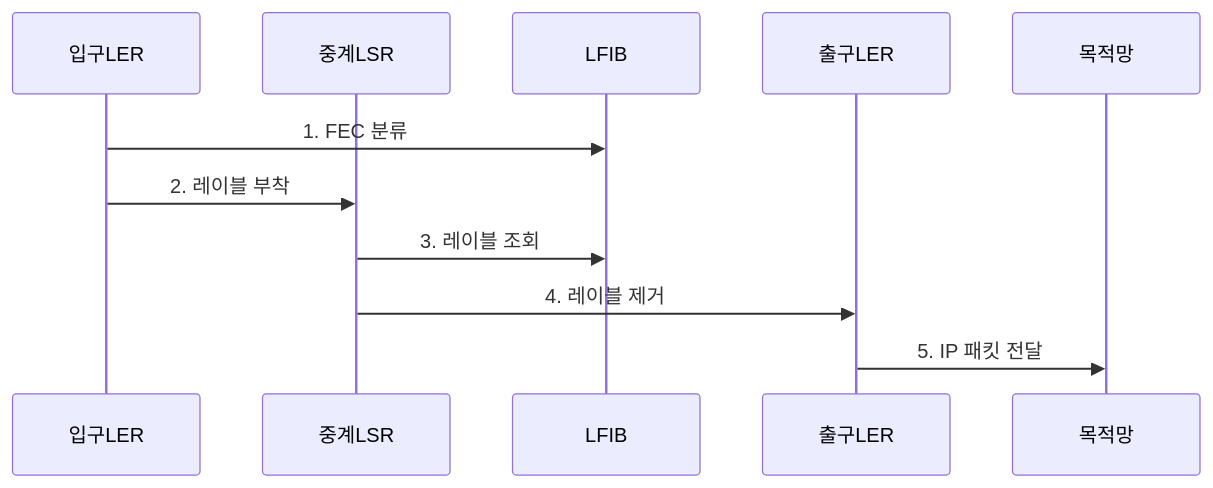
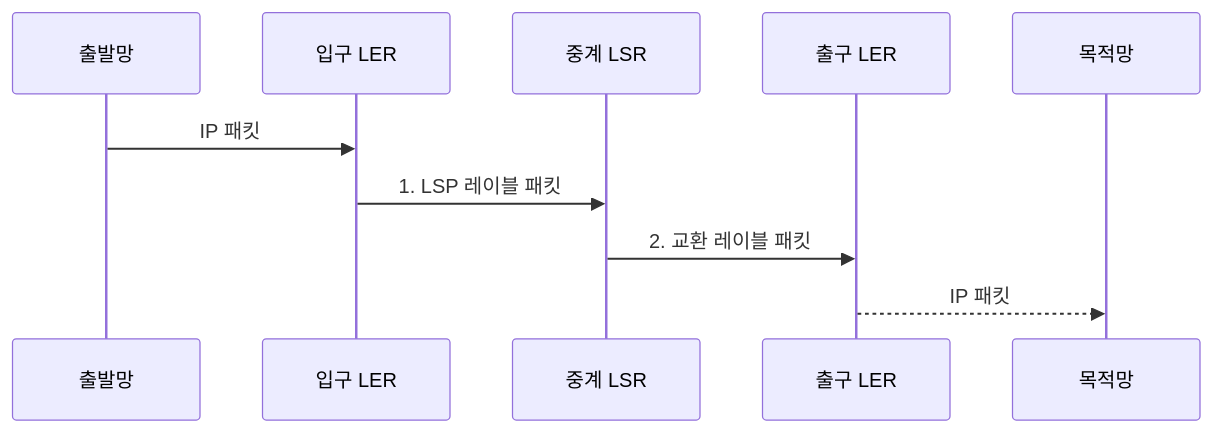
Before and after one commit to agnusdei1207/knowledge-base: the second of 2 diagrams in src/content/docs/notes/04-network/013_mpls_label_switching.md, drawn with Mermaid. The commit also changed other lines of this file and 20 other files, not shown here.

````diff
--- a/src/content/docs/notes/04-network/013_mpls_label_switching.md
+++ b/src/content/docs/notes/04-network/013_mpls_label_switching.md
@@ -87,13 +85,12 @@
 ```mermaid
 sequenceDiagram
-    participant 입구LER
-    participant 중계LSR
-    participant LFIB
-    participant 출구LER
-    participant 목적망
-    입구LER->>LFIB: 1. FEC 분류
-    입구LER->>중계LSR: 2. 레이블 부착
-    중계LSR->>LFIB: 3. 레이블 조회
-    중계LSR->>출구LER: 4. 레이블 제거
-    출구LER->>목적망: 5. IP 패킷 전달
+    participant S as 출발망
+    participant I as 입구 LER
+    participant T as 중계 LSR
+    participant E as 출구 LER
+    participant D as 목적망
+    S->>I: IP 패킷
+    I->>T: 1. LSP 레이블 패킷
+    T->>E: 2. 교환 레이블 패킷
+    E-->>D: IP 패킷
 ```
````
